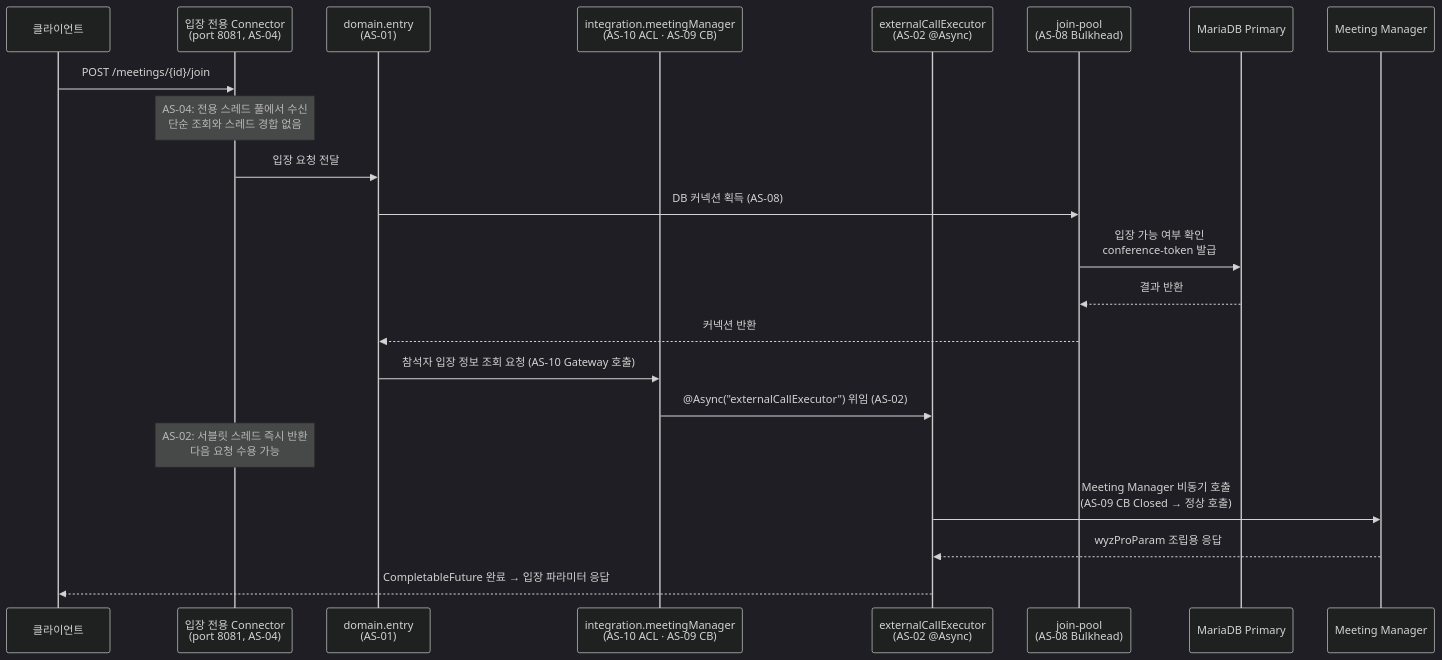
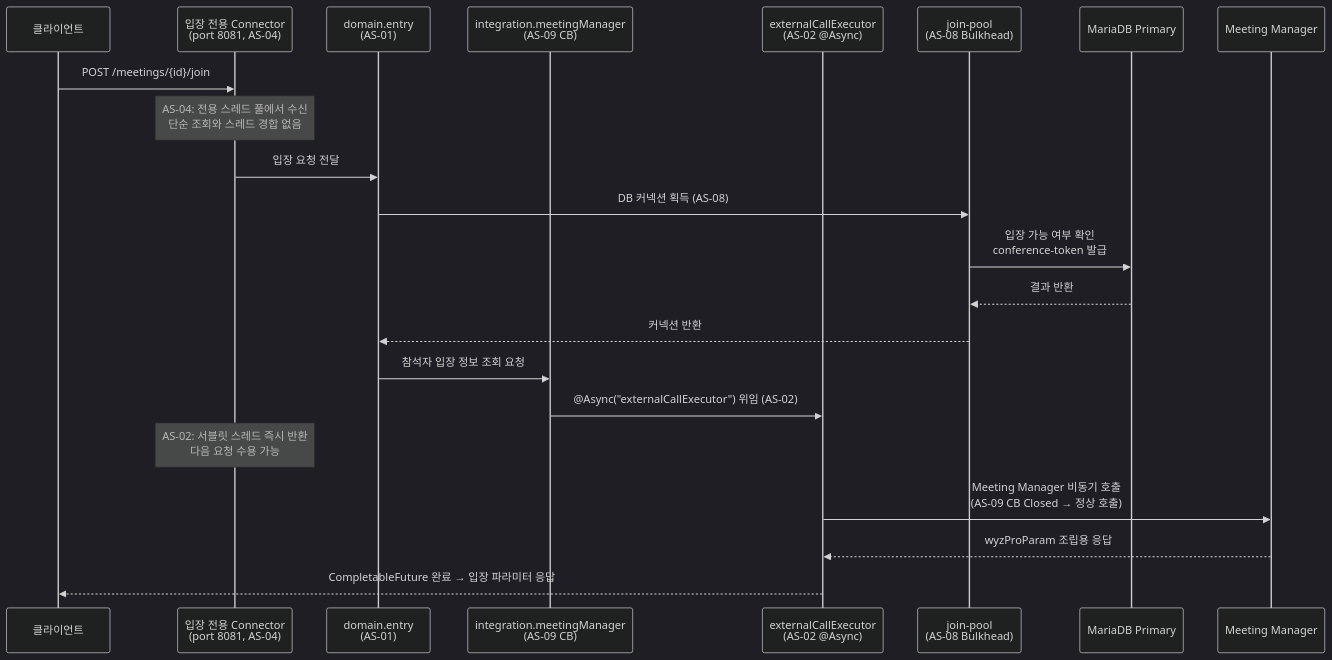
One commit to sujinnkim/A_Personal changed the first of 7 diagrams in report/4/4.2-실행뷰.md. Above: the diagram before and after it, drawn with Mermaid (dark theme). The commit also changed other lines of this file and 24 other files, not shown here.

````diff
--- a/report/4/4.2-실행뷰.md
+++ b/report/4/4.2-실행뷰.md
@@ -13,29 +13,29 @@
 ```mermaid
 sequenceDiagram
     participant C as 클라이언트
     participant CON as 입장 전용 Connector<br/>(port 8081, AS-04)
     participant DE as domain.entry<br/>(AS-01)
-    participant MM_INT as integration.meetingManager<br/>(AS-10 ACL · AS-09 CB)
+    participant MM_INT as integration.meetingManager<br/>(AS-09 CB)
     participant EX as externalCallExecutor<br/>(AS-02 @Async)
     participant JP as join-pool<br/>(AS-08 Bulkhead)
     participant DB as MariaDB Primary
     participant MM as Meeting Manager
 
     C->>CON: POST /meetings/{id}/join
     Note over CON: AS-04: 전용 스레드 풀에서 수신<br/>단순 조회와 스레드 경합 없음
 
     CON->>DE: 입장 요청 전달
     DE->>JP: DB 커넥션 획득 (AS-08)
     JP->>DB: 입장 가능 여부 확인<br/>conference-token 발급
     DB-->>JP: 결과 반환
     JP-->>DE: 커넥션 반환
 
-    DE->>MM_INT: 참석자 입장 정보 조회 요청 (AS-10 Gateway 호출)
+    DE->>MM_INT: 참석자 입장 정보 조회 요청
     MM_INT->>EX: @Async("externalCallExecutor") 위임 (AS-02)
     Note over CON: AS-02: 서블릿 스레드 즉시 반환<br/>다음 요청 수용 가능
 
     EX->>MM: Meeting Manager 비동기 호출<br/>(AS-09 CB Closed → 정상 호출)
     MM-->>EX: wyzProParam 조립용 응답
 
     EX-->>C: CompletableFuture 완료 → 입장 파라미터 응답
 ```
````
